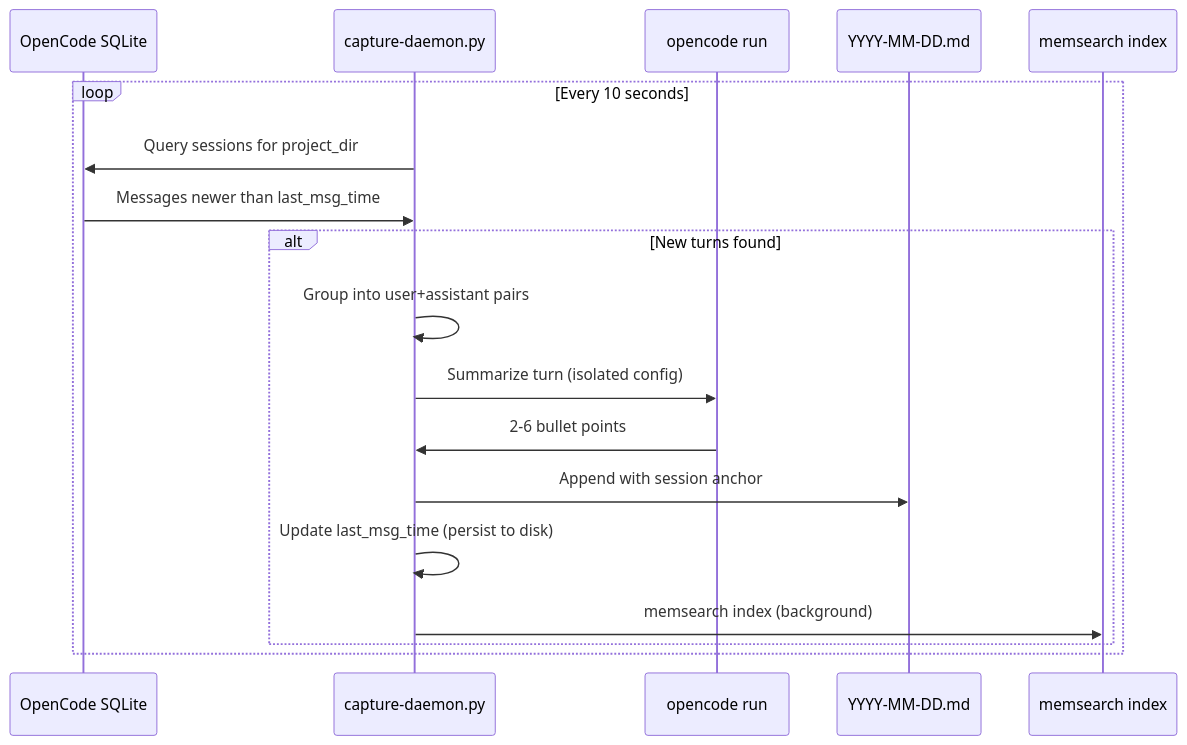
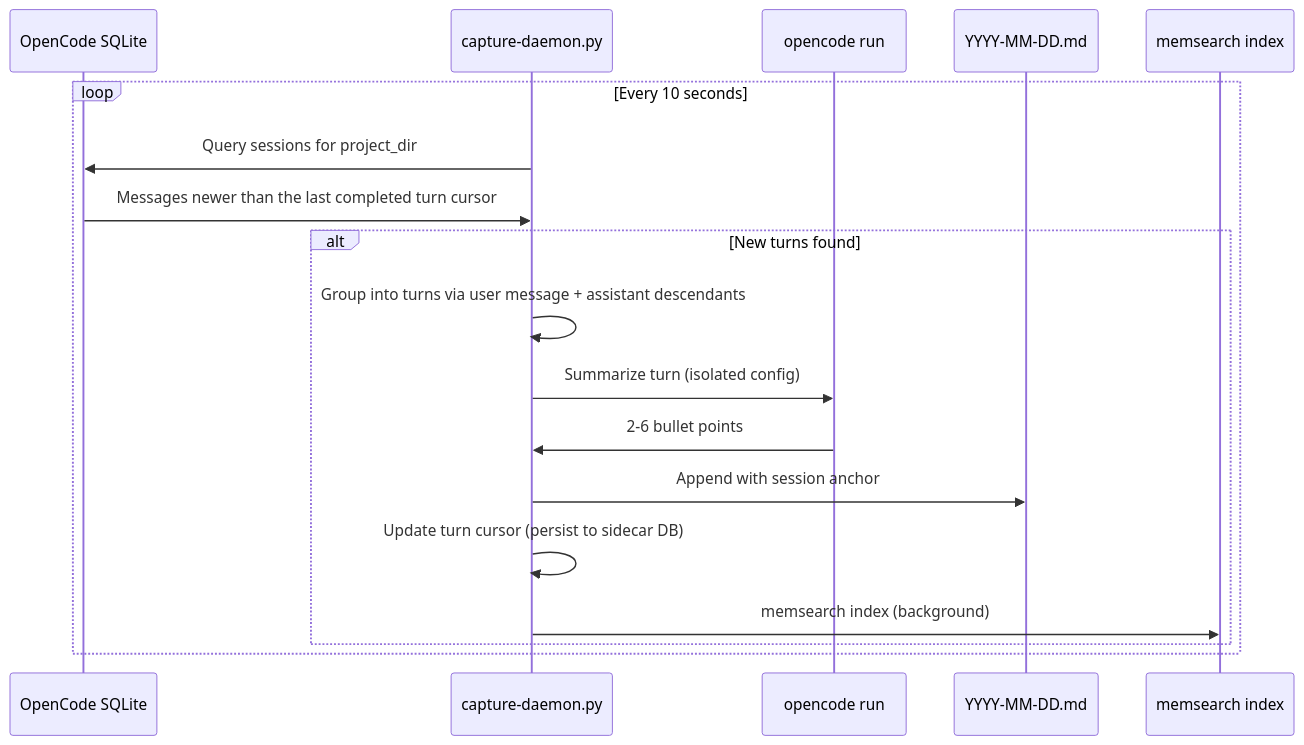
The second of 2 diagrams in docs/platforms/opencode/how-it-works.md (zilliztech/memsearch), drawn with Mermaid before and after one commit. The commit also changed other lines of this file and 8 other files, not shown here.

````diff
--- a/docs/platforms/opencode/how-it-works.md
+++ b/docs/platforms/opencode/how-it-works.md
@@ -60,21 +60,21 @@
 ```mermaid
 sequenceDiagram
     participant DB as OpenCode SQLite
     participant Daemon as capture-daemon.py
     participant LLM as opencode run
     participant File as YYYY-MM-DD.md
     participant Index as memsearch index
 
     loop Every 10 seconds
         Daemon->>DB: Query sessions for project_dir
-        DB->>Daemon: Messages newer than last_msg_time
+        DB->>Daemon: Messages newer than the last completed turn cursor
         alt New turns found
-            Daemon->>Daemon: Group into user+assistant pairs
+            Daemon->>Daemon: Group into turns via user message + assistant descendants
             Daemon->>LLM: Summarize turn (isolated config)
             LLM->>Daemon: 2-6 bullet points
             Daemon->>File: Append with session anchor
-            Daemon->>Daemon: Update last_msg_time (persist to disk)
+            Daemon->>Daemon: Update turn cursor (persist to sidecar DB)
             Daemon->>Index: memsearch index (background)
         end
     end
 ```
````
